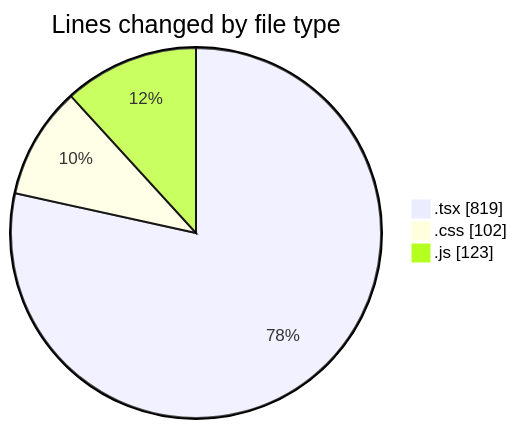
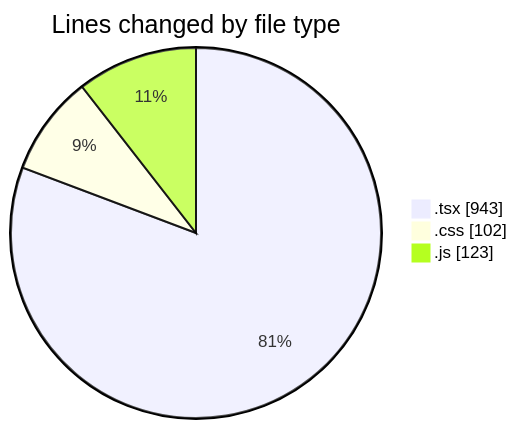
One commit to robertbonfada/code-tracking changed the first of 2 diagrams in 2025-01-17/mbc-web/README.md. Above: the diagram before and after it, drawn with Mermaid. The commit also changed other lines of this file and 1 other file, not shown here.

````diff
--- a/2025-01-17/mbc-web/README.md
+++ b/2025-01-17/mbc-web/README.md
@@ -34,7 +36,7 @@
 ```mermaid
 pie showData
 title Lines changed by file type
-".tsx" : 819
+".tsx" : 943
 ".css" : 102
 ".js" : 123
 ```
````
